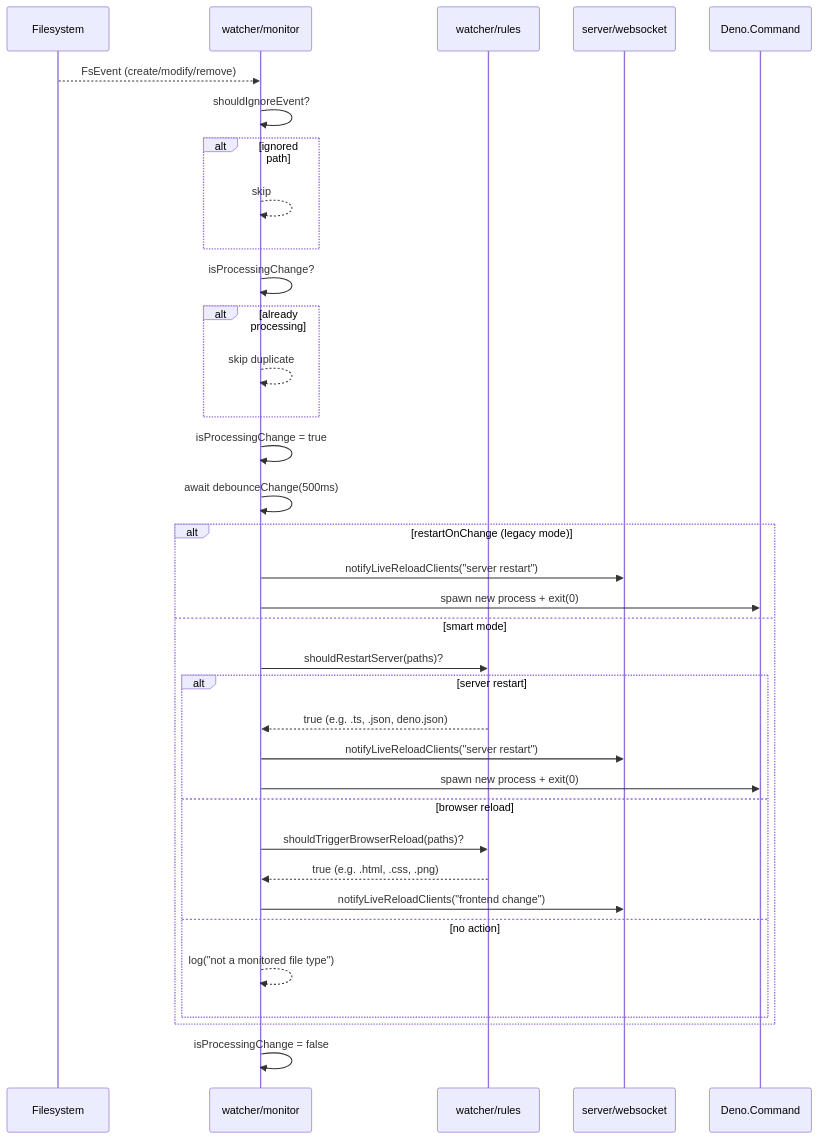
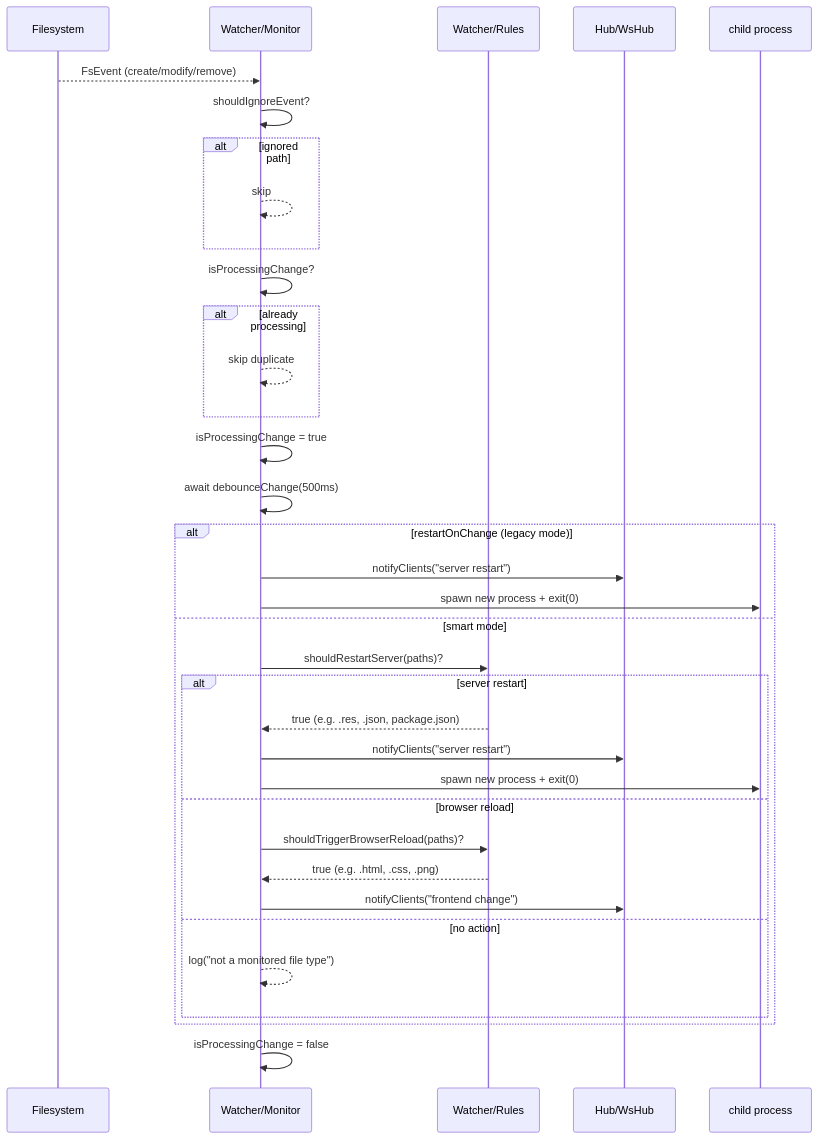
Before and after one commit to MetalbolicX/httpath: the fourth of 7 diagrams in docs/architecture.md, drawn with Mermaid. The commit also changed other lines of this file and 9 other files, not shown here.

````diff
--- a/docs/architecture.md
+++ b/docs/architecture.md
@@ -180,44 +204,44 @@
 ```mermaid
 sequenceDiagram
     participant FS as Filesystem
-    participant Watch as watcher/monitor
-    participant Rules as watcher/rules
-    participant WS as server/websocket
-    participant Deno as Deno.Command
+    participant Watch as Watcher/Monitor
+    participant Rules as Watcher/Rules
+    participant WS as Hub/WsHub
+    participant Child as child process
 
     FS-->>Watch: FsEvent (create/modify/remove)
 
     Watch->>Watch: shouldIgnoreEvent?
     alt ignored path
         Watch-->>Watch: skip
     end
 
     Watch->>Watch: isProcessingChange?
     alt already processing
         Watch-->>Watch: skip duplicate
     end
 
     Watch->>Watch: isProcessingChange = true
     Watch->>Watch: await debounceChange(500ms)
 
     alt restartOnChange (legacy mode)
-        Watch->>WS: notifyLiveReloadClients("server restart")
-        Watch->>Deno: spawn new process + exit(0)
+        Watch->>WS: notifyClients("server restart")
+        Watch->>Child: spawn new process + exit(0)
     else smart mode
         Watch->>Rules: shouldRestartServer(paths)?
 
         alt server restart
-            Rules-->>Watch: true (e.g. .ts, .json, deno.json)
-            Watch->>WS: notifyLiveReloadClients("server restart")
-            Watch->>Deno: spawn new process + exit(0)
+            Rules-->>Watch: true (e.g. .res, .json, package.json)
+            Watch->>WS: notifyClients("server restart")
+            Watch->>Child: spawn new process + exit(0)
         else browser reload
             Watch->>Rules: shouldTriggerBrowserReload(paths)?
             Rules-->>Watch: true (e.g. .html, .css, .png)
-            Watch->>WS: notifyLiveReloadClients("frontend change")
+            Watch->>WS: notifyClients("frontend change")
         else no action
             Watch-->>Watch: log("not a monitored file type")
         end
     end
 
     Watch->>Watch: isProcessingChange = false
 ```
````
